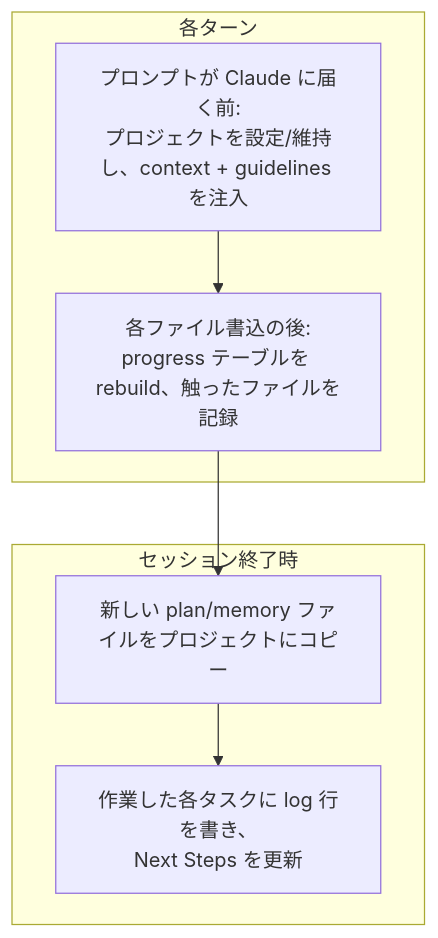
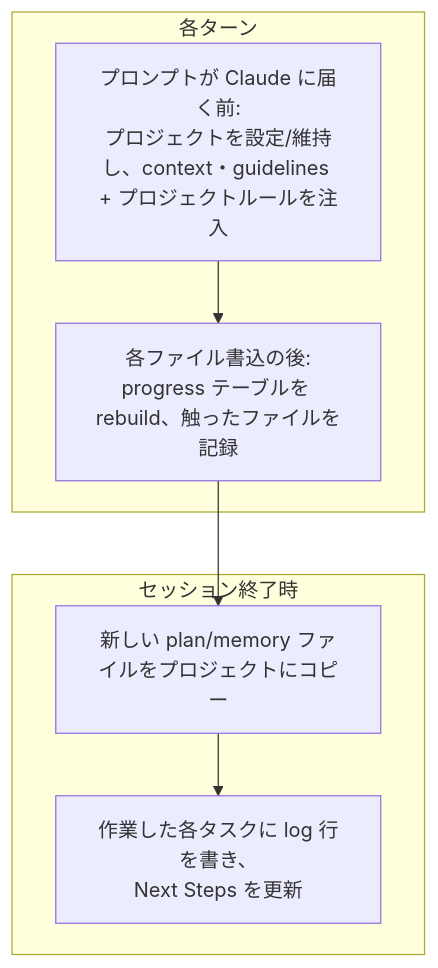
Before and after one commit to gigamori/ai-agent-toolkit: the seventh of 7 diagrams in plugins/taskflow/USER_GUIDE_ja.md, drawn with Mermaid. The commit also changed other lines of this file and 8 other files, not shown here.

````diff
--- a/plugins/taskflow/USER_GUIDE_ja.md
+++ b/plugins/taskflow/USER_GUIDE_ja.md
@@ -234,12 +234,12 @@
 ```mermaid
 flowchart TD
     subgraph turn["各ターン"]
-        A["プロンプトが Claude に届く前:<br/>プロジェクトを設定/維持し、context + guidelines を注入"]
+        A["プロンプトが Claude に届く前:<br/>プロジェクトを設定/維持し、context・guidelines + プロジェクトルールを注入"]
         B["各ファイル書込の後:<br/>progress テーブルを rebuild、触ったファイルを記録"]
     end
     subgraph end_["セッション終了時"]
         C["新しい plan/memory ファイルをプロジェクトにコピー"]
         D["作業した各タスクに log 行を書き、<br/>Next Steps を更新"]
     end
     A --> B --> C --> D
 ```
````
